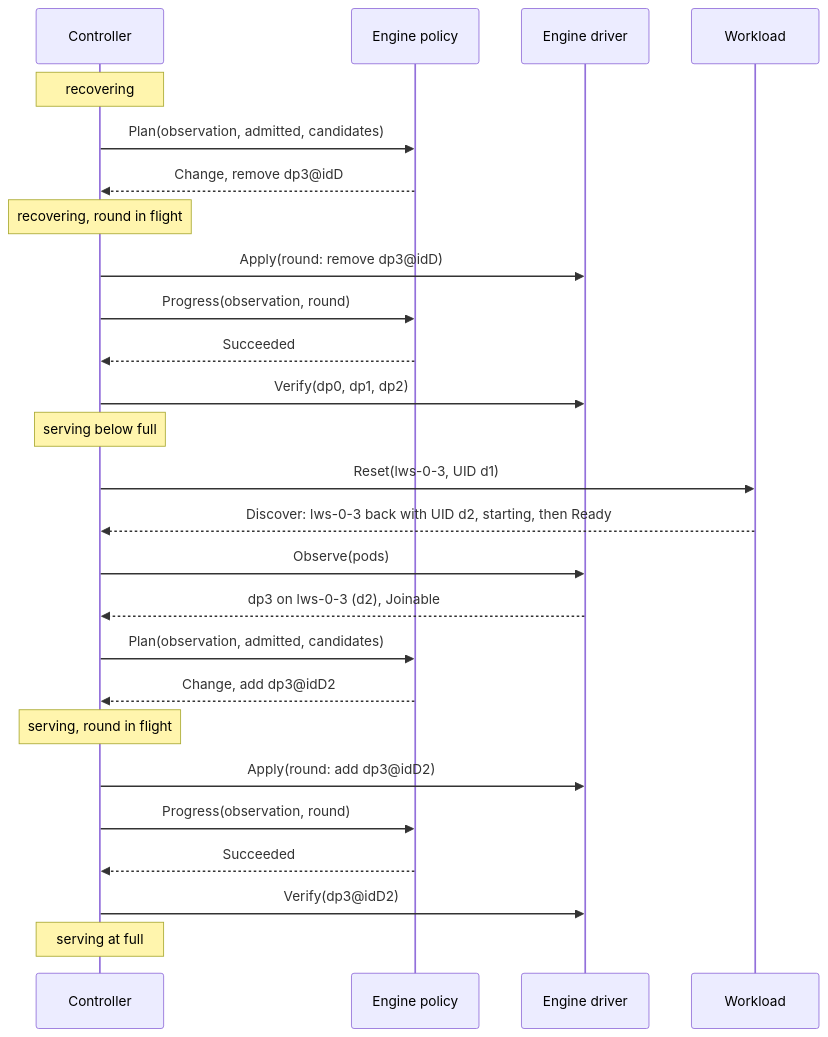
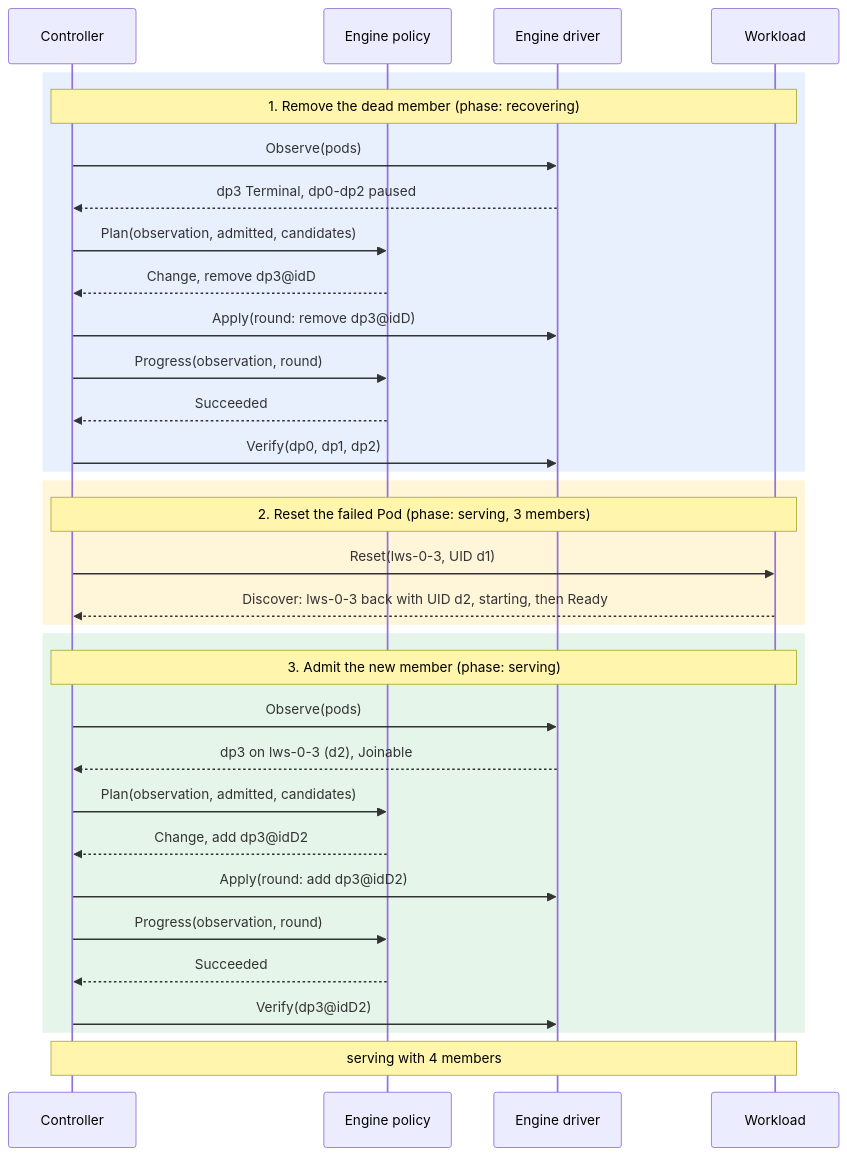
One commit to Etelis/llm-d-resiliency-operator changed the third of 3 diagrams in docs/design/contracts/README.md. Above: the diagram before and after it, drawn with Mermaid. The commit also changed other lines of this file, not shown here.

Commit message:
Split the capacity chart into steps and drop Today vs target
The fault-to-capacity diagram now groups its messages into three numbered, shaded steps that match the list below it.

````diff
--- a/docs/design/contracts/README.md
+++ b/docs/design/contracts/README.md
@@ -132,28 +132,35 @@
 ```mermaid
 sequenceDiagram
   participant C as Controller
   participant P as Engine policy
   participant D as Engine driver
   participant W as Workload
-  Note over C: recovering
-  C->>P: Plan(observation, admitted, candidates)
-  P-->>C: Change, remove dp3@idD
-  Note over C: recovering, round in flight
-  C->>D: Apply(round: remove dp3@idD)
-  C->>P: Progress(observation, round)
-  P-->>C: Succeeded
-  C->>D: Verify(dp0, dp1, dp2)
-  Note over C: serving below full
-  C->>W: Reset(lws-0-3, UID d1)
-  W-->>C: Discover: lws-0-3 back with UID d2, starting, then Ready
-  C->>D: Observe(pods)
-  D-->>C: dp3 on lws-0-3 (d2), Joinable
-  C->>P: Plan(observation, admitted, candidates)
-  P-->>C: Change, add dp3@idD2
-  Note over C: serving, round in flight
-  C->>D: Apply(round: add dp3@idD2)
-  C->>P: Progress(observation, round)
-  P-->>C: Succeeded
-  C->>D: Verify(dp3@idD2)
-  Note over C: serving at full
+  rect rgba(66, 133, 244, 0.12)
+    Note over C,W: 1. Remove the dead member (phase: recovering)
+    C->>D: Observe(pods)
+    D-->>C: dp3 Terminal, dp0-dp2 paused
+    C->>P: Plan(observation, admitted, candidates)
+    P-->>C: Change, remove dp3@idD
+    C->>D: Apply(round: remove dp3@idD)
+    C->>P: Progress(observation, round)
+    P-->>C: Succeeded
+    C->>D: Verify(dp0, dp1, dp2)
+  end
+  rect rgba(251, 188, 5, 0.15)
+    Note over C,W: 2. Reset the failed Pod (phase: serving, 3 members)
+    C->>W: Reset(lws-0-3, UID d1)
+    W-->>C: Discover: lws-0-3 back with UID d2, starting, then Ready
+  end
+  rect rgba(52, 168, 83, 0.12)
+    Note over C,W: 3. Admit the new member (phase: serving)
+    C->>D: Observe(pods)
+    D-->>C: dp3 on lws-0-3 (d2), Joinable
+    C->>P: Plan(observation, admitted, candidates)
+    P-->>C: Change, add dp3@idD2
+    C->>D: Apply(round: add dp3@idD2)
+    C->>P: Progress(observation, round)
+    P-->>C: Succeeded
+    C->>D: Verify(dp3@idD2)
+  end
+  Note over C,W: serving with 4 members
 ```
````
